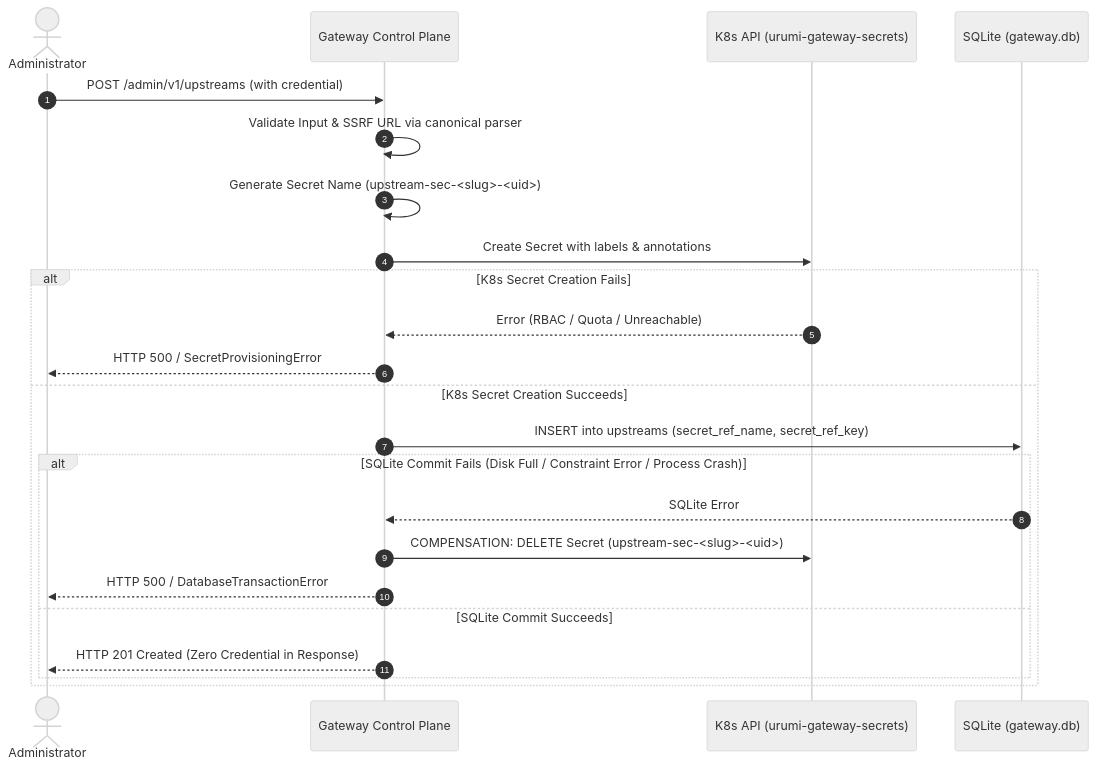
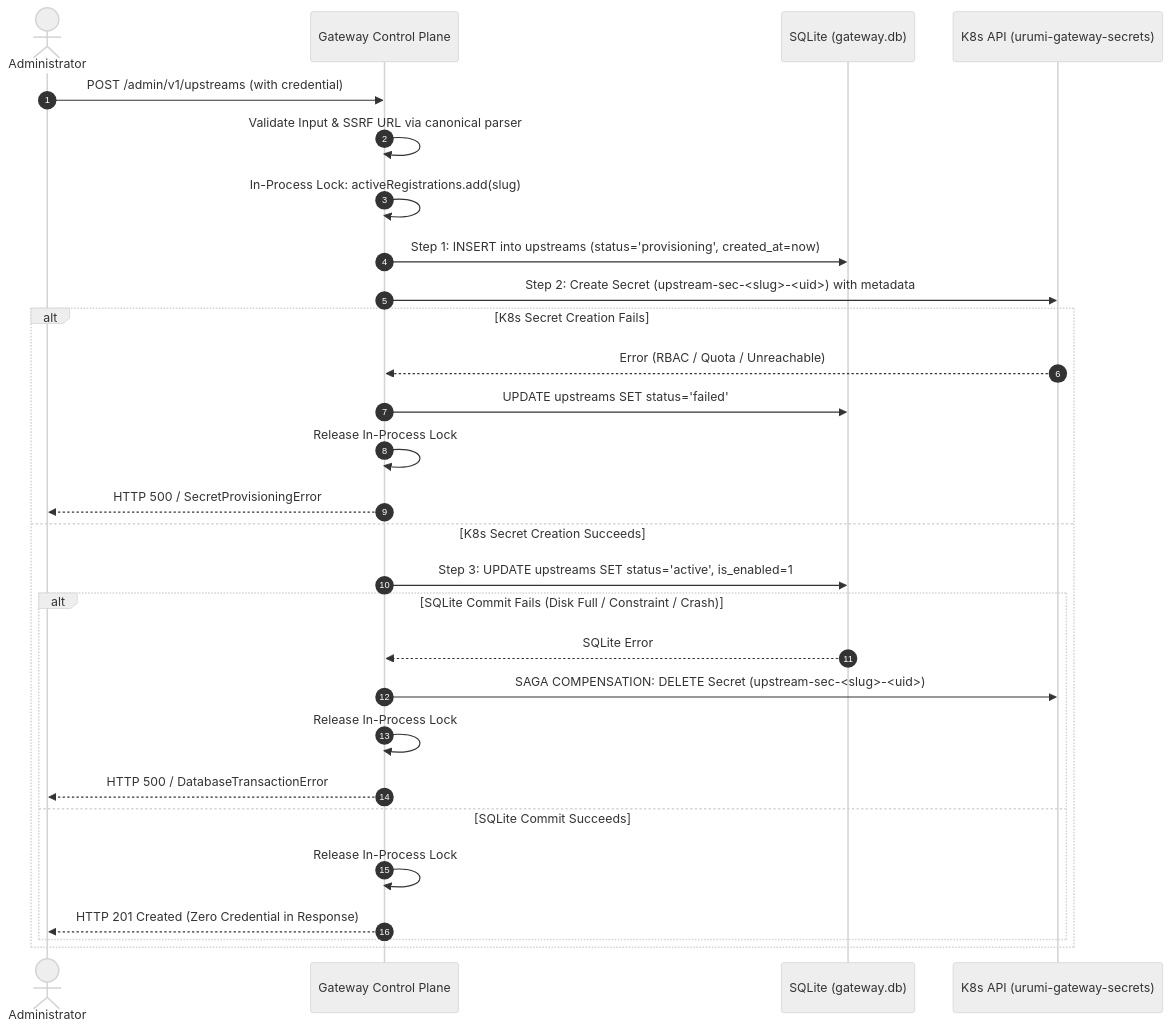
The diagram in docs/decisions/ADR-017-network-defense-ssrf-allowlist-and-secret-rbac.md (AdityaDRathore/MCP-Gateway-Kubernetes-Wcom), drawn with Mermaid (neutral theme) before and after one commit. The commit also changed other lines of this file and 5 other files, not shown here.

Commit message:
ph 4: docs: add core SQLite schemas, audit state machine, and NIST percentile formulas to architecture decisions

````diff
--- a/docs/decisions/ADR-017-network-defense-ssrf-allowlist-and-secret-rbac.md
+++ b/docs/decisions/ADR-017-network-defense-ssrf-allowlist-and-secret-rbac.md
@@ -255,26 +337,31 @@
 ```mermaid
 sequenceDiagram
     autonumber
     actor Admin as Administrator
     participant GW as Gateway Control Plane
+    participant DB as SQLite (gateway.db)
     participant K8S as K8s API (urumi-gateway-secrets)
-    participant DB as SQLite (gateway.db)
 
     Admin->>GW: POST /admin/v1/upstreams (with credential)
     GW->>GW: Validate Input & SSRF URL via canonical parser
-    GW->>GW: Generate Secret Name (upstream-sec-<slug>-<uid>)
-    GW->>K8S: Create Secret with labels & annotations
+    GW->>GW: In-Process Lock: activeRegistrations.add(slug)
+    GW->>DB: Step 1: INSERT into upstreams (status='provisioning', created_at=now)
+    GW->>K8S: Step 2: Create Secret (upstream-sec-<slug>-<uid>) with metadata
     alt K8s Secret Creation Fails
         K8S-->>GW: Error (RBAC / Quota / Unreachable)
+        GW->>DB: UPDATE upstreams SET status='failed'
+        GW->>GW: Release In-Process Lock
         GW-->>Admin: HTTP 500 / SecretProvisioningError
     else K8s Secret Creation Succeeds
-        GW->>DB: INSERT into upstreams (secret_ref_name, secret_ref_key)
-        alt SQLite Commit Fails (Disk Full / Constraint Error / Process Crash)
+        GW->>DB: Step 3: UPDATE upstreams SET status='active', is_enabled=1
+        alt SQLite Commit Fails (Disk Full / Constraint / Crash)
             DB-->>GW: SQLite Error
-            GW->>K8S: COMPENSATION: DELETE Secret (upstream-sec-<slug>-<uid>)
+            GW->>K8S: SAGA COMPENSATION: DELETE Secret (upstream-sec-<slug>-<uid>)
+            GW->>GW: Release In-Process Lock
             GW-->>Admin: HTTP 500 / DatabaseTransactionError
         else SQLite Commit Succeeds
+            GW->>GW: Release In-Process Lock
             GW-->>Admin: HTTP 201 Created (Zero Credential in Response)
         end
     end
 ```
````
